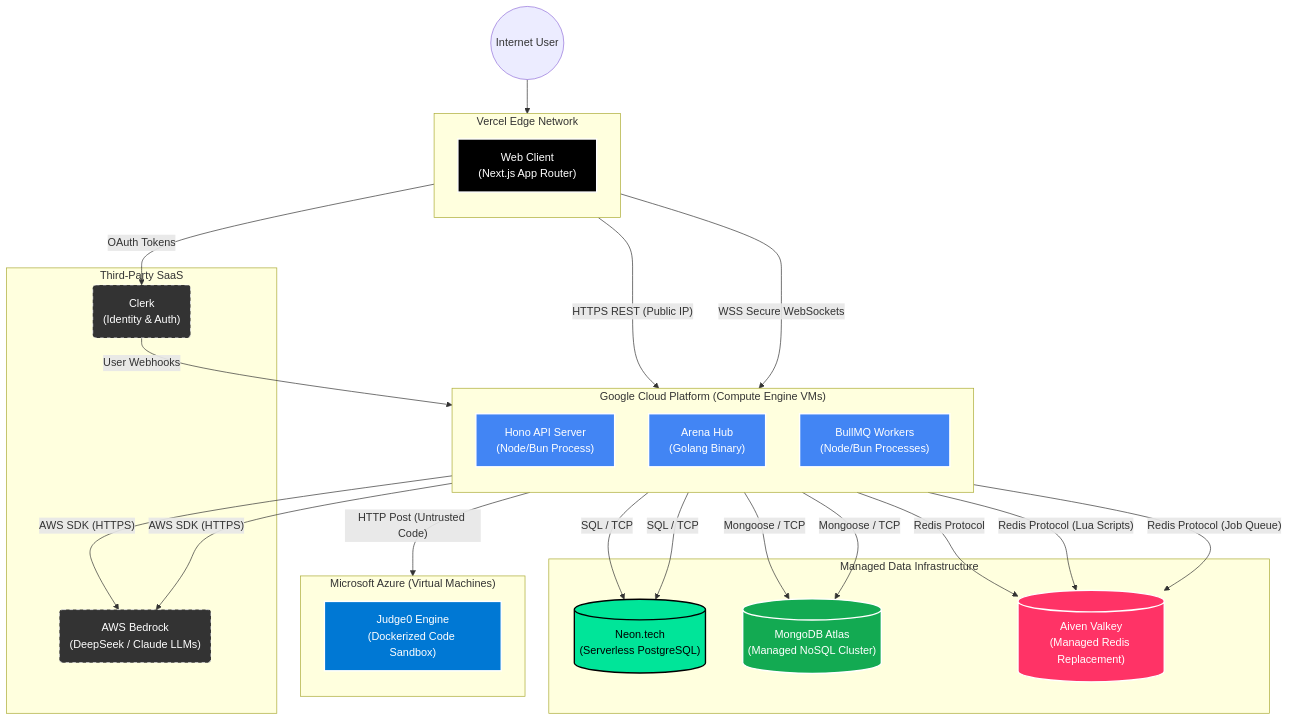
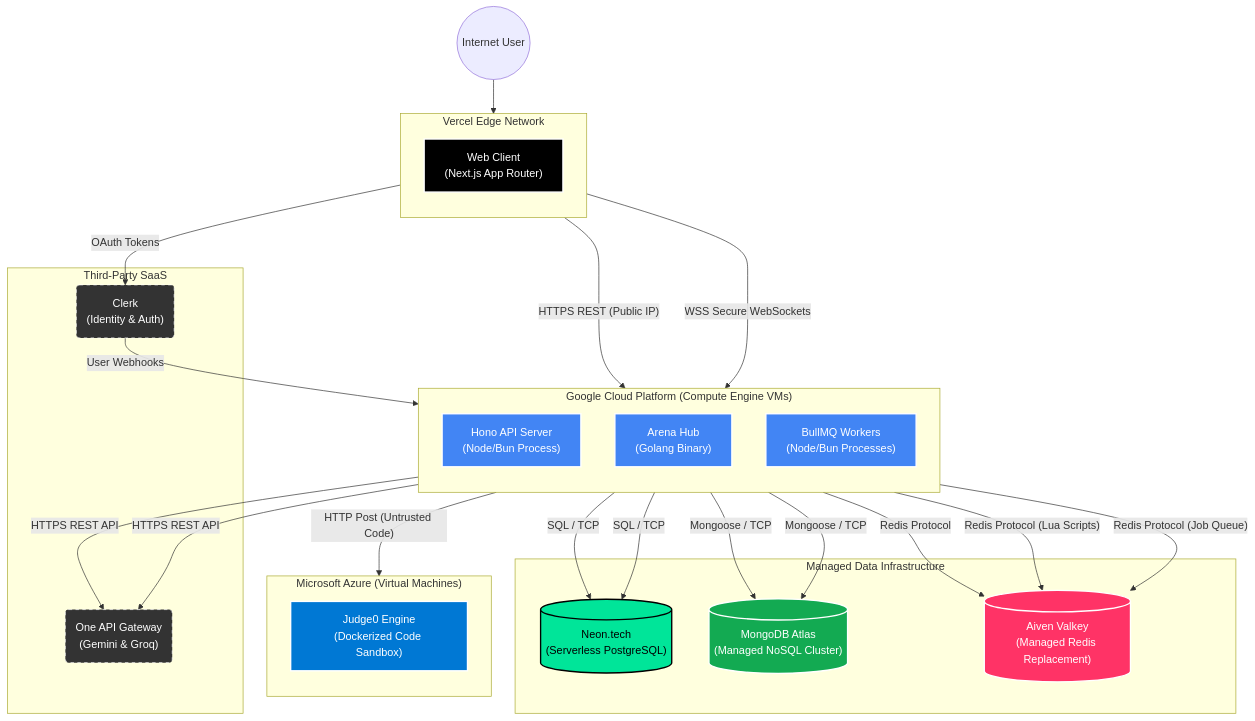
Before and after one commit to phero20/coding_arena: the diagram in deployment_diagram.md, drawn with Mermaid. The commit also changed other lines of this file and 28 other files, not shown here.

````diff
--- a/deployment_diagram.md
+++ b/deployment_diagram.md
@@ -54,7 +54,7 @@
     %% --------------------------------
     subgraph SaaS ["Third-Party SaaS"]
         Clerk("Clerk\n(Identity & Auth)"):::saas
-        AWSBedrock("AWS Bedrock\n(DeepSeek / Claude LLMs)"):::saas
+        OneAPIGateway("One API Gateway\n(Gemini & Groq)"):::saas
     end
 
     %% ==========================================
@@ -87,7 +87,7 @@
     Workers -- "HTTP Post (Untrusted Code)" --> Judge0
 
     %% Backend to AI SaaS
-    HonoAPI -- "AWS SDK (HTTPS)" --> AWSBedrock
-    Workers -- "AWS SDK (HTTPS)" --> AWSBedrock
+    HonoAPI -- "HTTPS REST API" --> OneAPIGateway
+    Workers -- "HTTPS REST API" --> OneAPIGateway
 
 ```
````
